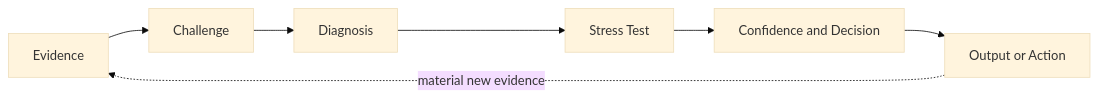
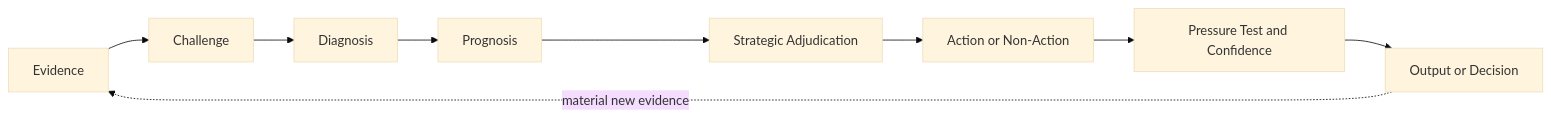
Before and after one commit to sschoenfeld-scotty/gtm-ai-reasoning-systems: the first of 2 diagrams in README.md, drawn with Mermaid (base theme). The commit also changed other lines of this file, not shown here.

````diff
--- a/README.md
+++ b/README.md
@@ -51,9 +57,11 @@
 ```mermaid
 flowchart LR
     A[Evidence] --> B[Challenge]
     B --> C[Diagnosis]
-    C --> D[Stress Test]
-    D --> E[Confidence and Decision]
-    E --> F[Output or Action]
-    F -. material new evidence .-> A
+    C --> D[Prognosis]
+    D --> E[Strategic Adjudication]
+    E --> F[Action or Non-Action]
+    F --> G[Pressure Test and Confidence]
+    G --> H[Output or Decision]
+    H -. material new evidence .-> A
 ```
````
